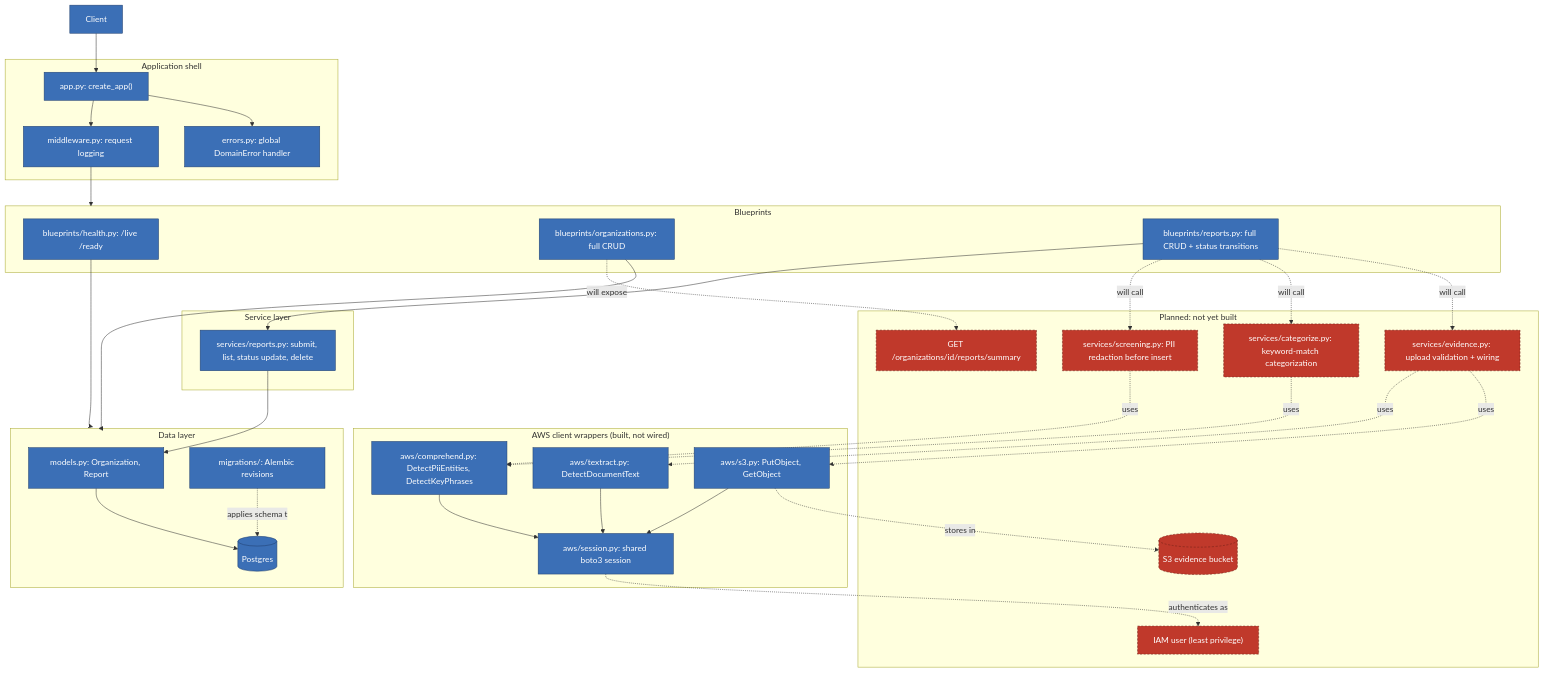
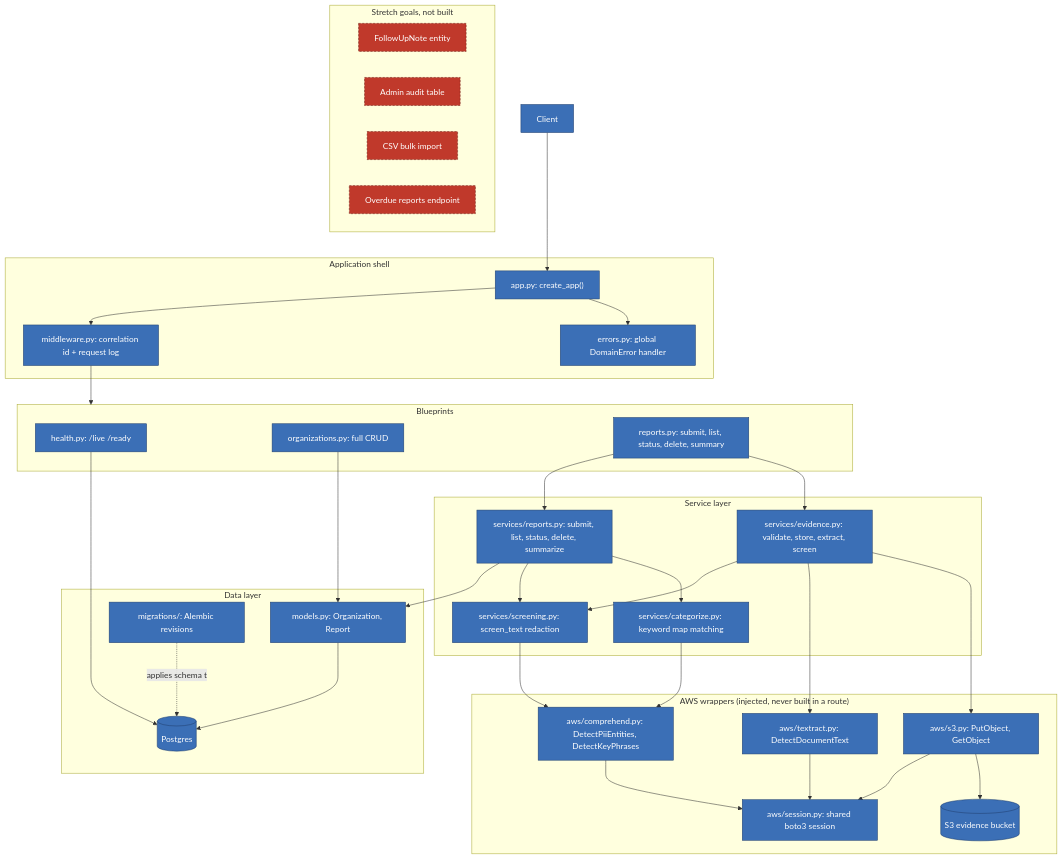
Before and after one commit to Youtubbs/ethics-hotline: the diagram in docs/architecture.md, drawn with Mermaid. The commit also changed other lines of this file and 3 other files, not shown here.

````diff
--- a/docs/architecture.md
+++ b/docs/architecture.md
@@ -3,72 +6,72 @@
 ```mermaid
 flowchart TB
     client[Client]
 
     subgraph shell["Application shell"]
         factory["app.py: create_app()"]
-        mw["middleware.py: request logging"]
+        mw["middleware.py: correlation id + request log"]
         errh["errors.py: global DomainError handler"]
     end
 
     subgraph routes["Blueprints"]
-        health["blueprints/health.py: /live /ready"]
-        orgs["blueprints/organizations.py: full CRUD"]
-        reports["blueprints/reports.py: full CRUD + status transitions"]
+        health["health.py: /live /ready"]
+        orgs["organizations.py: full CRUD"]
+        reports["reports.py: submit, list, status, delete, summary"]
     end
 
     subgraph svc["Service layer"]
-        reportsvc["services/reports.py: submit, list, status update, delete"]
+        reportsvc["services/reports.py: submit, list, status, delete, summarize"]
+        screening["services/screening.py: screen_text redaction"]
+        categorize["services/categorize.py: keyword map matching"]
+        evidence["services/evidence.py: validate, store, extract, screen"]
     end
 
     subgraph data["Data layer"]
         models["models.py: Organization, Report"]
         migrations["migrations/: Alembic revisions"]
         pg[("Postgres")]
     end
 
-    subgraph awslayer["AWS client wrappers (built, not wired)"]
+    subgraph awslayer["AWS wrappers (injected, never built in a route)"]
         session["aws/session.py: shared boto3 session"]
         comprehend["aws/comprehend.py: DetectPiiEntities, DetectKeyPhrases"]
         textract["aws/textract.py: DetectDocumentText"]
         s3["aws/s3.py: PutObject, GetObject"]
+        bucket[("S3 evidence bucket")]
     end
 
-    subgraph planned["Planned: not yet built"]
-        screening["services/screening.py: PII redaction before insert"]
-        categorize["services/categorize.py: keyword-match categorization"]
-        evidence["services/evidence.py: upload validation + wiring"]
-        summary["GET /organizations/id/reports/summary"]
-        bucket[("S3 evidence bucket")]
-        iamuser["IAM user (least privilege)"]
+    subgraph notbuilt["Stretch goals, not built"]
+        followup["FollowUpNote entity"]
+        audit["Admin audit table"]
+        csv["CSV bulk import"]
+        overdue["Overdue reports endpoint"]
     end
 
     client --> factory
     factory --> mw --> routes
     factory --> errh
-    health --> data
-    orgs --> data
+    health --> pg
+    orgs --> models
     reports --> reportsvc --> models
+    reports --> evidence
+    reportsvc --> screening
+    reportsvc --> categorize
     models --> pg
     migrations -.applies schema to.-> pg
 
-    reports -.will call.-> screening
-    reports -.will call.-> categorize
-    reports -.will call.-> evidence
-    orgs -.will expose.-> summary
-
-    screening -.uses.-> comprehend
-    categorize -.uses.-> comprehend
-    evidence -.uses.-> textract
-    evidence -.uses.-> s3
+    evidence --> screening
+    screening --> comprehend
+    categorize --> comprehend
+    evidence --> textract
+    evidence --> s3
     comprehend --> session
     textract --> session
     s3 --> session
-    s3 -.stores in.-> bucket
-    session -.authenticates as.-> iamuser
+    s3 --> bucket
 
     classDef implemented fill:#3b6fb6,stroke:#1f3f6e,color:#ffffff
     classDef planned fill:#c0392b,stroke:#6e1f16,color:#ffffff,stroke-dasharray: 4 3
 
-    class client,factory,mw,errh,health,orgs,reports,reportsvc,models,migrations,pg,session,comprehend,textract,s3 implemented
-    class screening,categorize,evidence,summary,bucket,iamuser planned
+    class client,factory,mw,errh,health,orgs,reports,reportsvc,screening,categorize,evidence,models,migrations,pg,session,comprehend,textract,s3,bucket implemented
+    class followup,audit,csv,overdue planned
 ```
````
